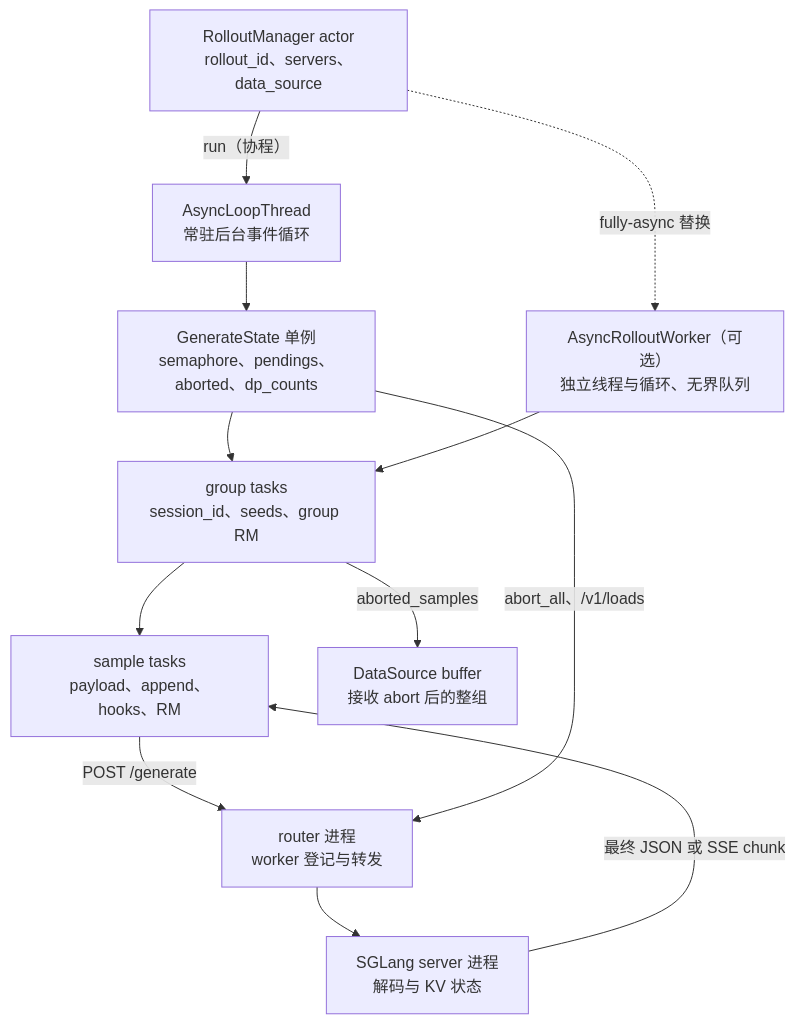
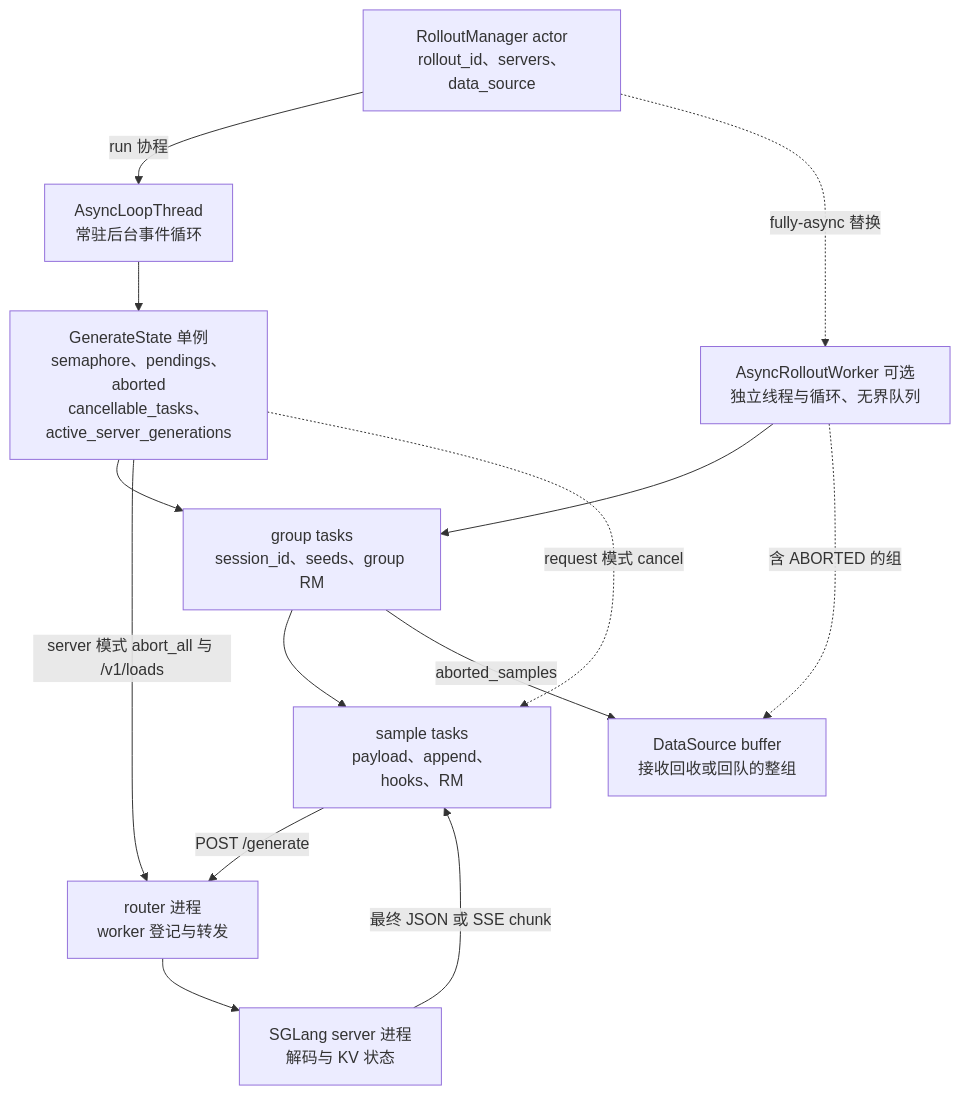
The diagram in wiki/02_engineering/04_posttrain_frameworks/slime/13_slime_sglang_rollout_engine_analysis.md (suhaibo666/llm-knowledge), drawn with Mermaid before and after one commit. The commit also changed other lines of this file and 223 other files, not shown here.

````diff
--- a/wiki/02_engineering/04_posttrain_frameworks/slime/13_slime_sglang_rollout_engine_analysis.md
+++ b/wiki/02_engineering/04_posttrain_frameworks/slime/13_slime_sglang_rollout_engine_analysis.md
@@ -171,19 +231,21 @@
 ```mermaid
 flowchart TB
-    RM["RolloutManager actor<br/>rollout_id、servers、data_source"]
-    AL["AsyncLoopThread<br/>常驻后台事件循环"]
-    GS["GenerateState 单例<br/>semaphore、pendings、aborted、dp_counts"]
-    GT["group tasks<br/>session_id、seeds、group RM"]
-    ST["sample tasks<br/>payload、append、hooks、RM"]
-    RT["router 进程<br/>worker 登记与转发"]
-    SV["SGLang server 进程<br/>解码与 KV 状态"]
-    DS["DataSource buffer<br/>接收 abort 后的整组"]
-    AW["AsyncRolloutWorker（可选）<br/>独立线程与循环、无界队列"]
-    RM -->|run（协程）| AL --> GS
+    RM[RolloutManager actor<br/>rollout_id、servers、data_source]
+    AL[AsyncLoopThread<br/>常驻后台事件循环]
+    GS[GenerateState 单例<br/>semaphore、pendings、aborted<br/>cancellable_tasks、active_server_generations]
+    GT[group tasks<br/>session_id、seeds、group RM]
+    ST[sample tasks<br/>payload、append、hooks、RM]
+    RT[router 进程<br/>worker 登记与转发]
+    SV[SGLang server 进程<br/>解码与 KV 状态]
+    DS[DataSource buffer<br/>接收回收或回队的整组]
+    AW[AsyncRolloutWorker 可选<br/>独立线程与循环、无界队列]
+    RM -->|run 协程| AL --> GS
     GS --> GT --> ST
     ST -->|POST /generate| RT --> SV
     SV -->|最终 JSON 或 SSE chunk| ST
-    GS -->|abort_all、/v1/loads| RT
+    GS -->|server 模式 abort_all 与 /v1/loads| RT
+    GS -.->|request 模式 cancel| ST
     GT -->|aborted_samples| DS
     RM -.->|fully-async 替换| AW --> GT
+    AW -.->|含 ABORTED 的组| DS
 ```
````
